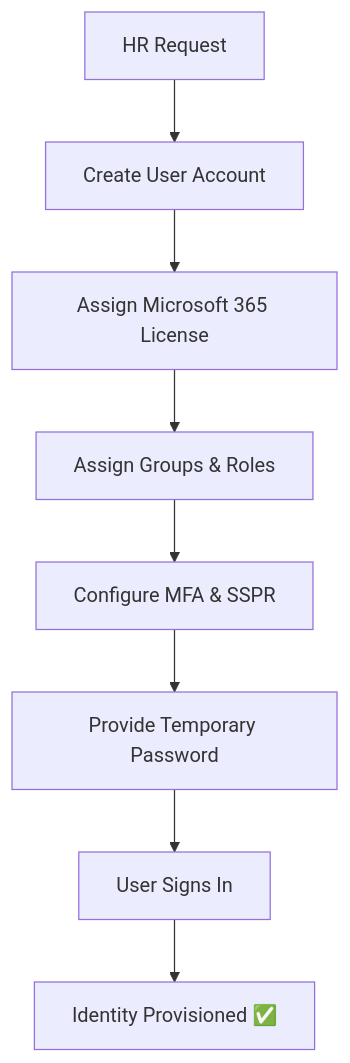
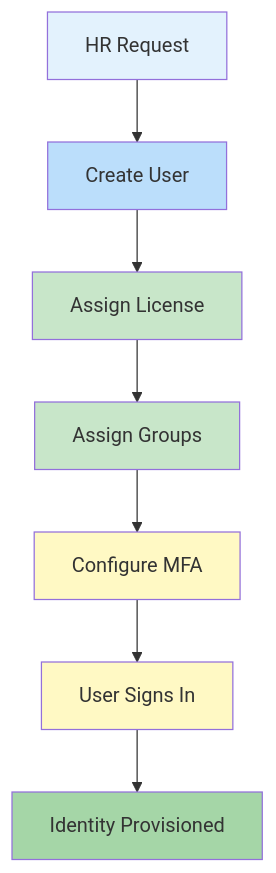
Before and after one commit to AkinnimiManuel/Enterprise-Microsoft-365-Deployment: the first of 3 diagrams in docs/04-identity/Identity-Management.md, drawn with Mermaid.

Commit message:
Refactor user lifecycle flowchart in Identity Management documentation for clarity and visual enhancement

````diff
--- a/docs/04-identity/Identity-Management.md
+++ b/docs/04-identity/Identity-Management.md
@@ -155,10 +155,17 @@
 ```mermaid
 flowchart TD
-    A[HR Request] --> B[Create User Account]
-    B --> C[Assign Microsoft 365 License]
-    C --> D[Assign Groups & Roles]
-    D --> E[Configure MFA & SSPR]
-    E --> F[Provide Temporary Password]
-    F --> G[User Signs In]
-    G --> H[Identity Provisioned ✅]
+    A[HR Request] --> B[Create User]
+    B --> C[Assign License]
+    C --> D[Assign Groups]
+    D --> E[Configure MFA]
+    E --> F[User Signs In]
+    F --> G[Identity Provisioned]
+
+    style A fill:#E3F2FD
+    style B fill:#BBDEFB
+    style C fill:#C8E6C9
+    style D fill:#C8E6C9
+    style E fill:#FFF9C4
+    style F fill:#FFF9C4
+    style G fill:#A5D6A7
 ```
````
